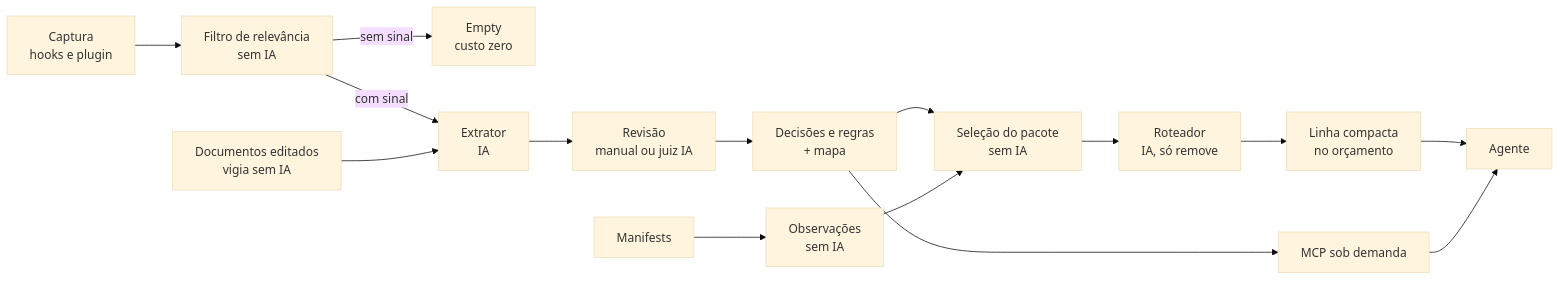
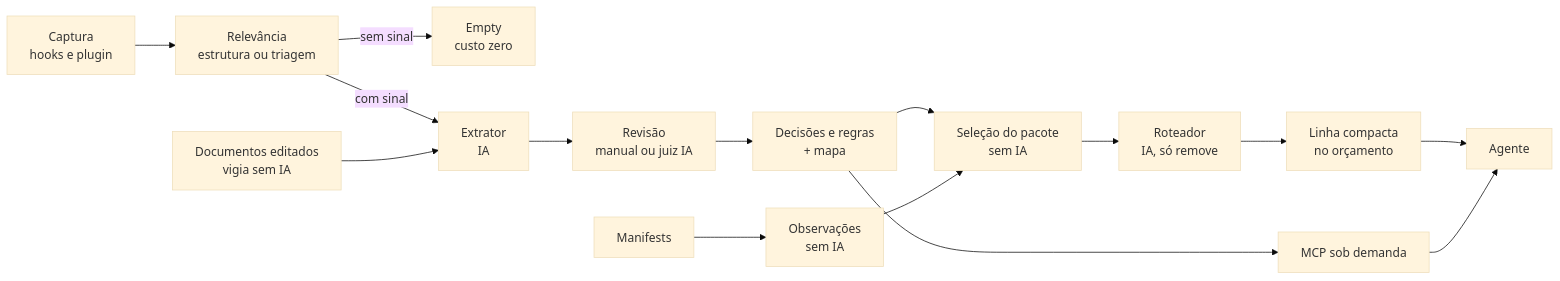
Before and after one commit to pablozr/xemnas: the diagram in docs/arquitetura/visao-do-fluxo.md, drawn with Mermaid (base theme). The commit also changed other lines of this file and 4 other files, not shown here.

First line of the commit message:
test(relevance): measure the turn triage live on demand and document the flow

````diff
--- a/docs/arquitetura/visao-do-fluxo.md
+++ b/docs/arquitetura/visao-do-fluxo.md
@@ -8,17 +8,17 @@
 ```mermaid
 flowchart LR
-    A[Captura<br/>hooks e plugin] --> B[Filtro de relevância<br/>sem IA]
+    A[Captura<br/>hooks e plugin] --> B[Relevância<br/>estrutura ou triagem]
     B -- sem sinal --> X[Empty<br/>custo zero]
     B -- com sinal --> C[Extrator<br/>IA]
     C --> D[Revisão<br/>manual ou juiz IA]
     D --> E[Decisões e regras<br/>+ mapa]
     M[Manifests] --> O[Observações<br/>sem IA]
     Doc[Documentos editados<br/>vigia sem IA] --> C
     E --> F[Seleção do pacote<br/>sem IA]
     O --> F
     F --> R[Roteador<br/>IA, só remove]
     R --> G[Linha compacta<br/>no orçamento]
     G --> H[Agente]
     E --> I[MCP sob demanda]
     I --> H
 ```
````
